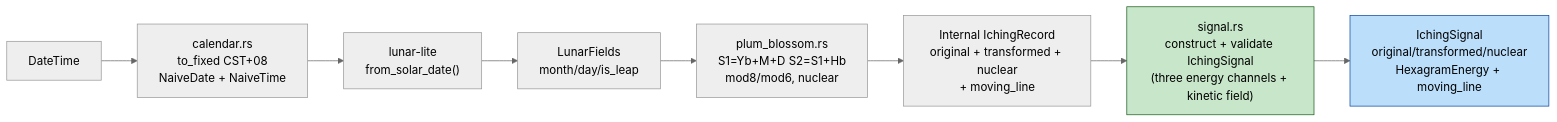
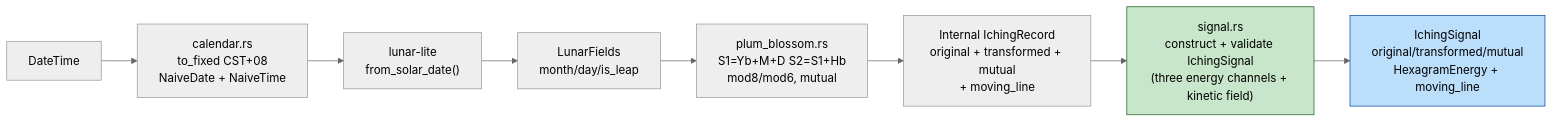
Before and after one commit to InNoobWeTrust/algotrap: the third of 3 diagrams in docs/plans/iching-energy-chart/l1.md, drawn with Mermaid (neutral theme). The commit also changed other lines of this file and 44 other files, not shown here.

Commit message:
feat(iching,telegrambot): refine mutual band and text-first LLM tools

````diff
--- a/docs/plans/iching-energy-chart/l1.md
+++ b/docs/plans/iching-energy-chart/l1.md
@@ -226,15 +226,15 @@
 ```mermaid
 flowchart LR
     A["DateTime<Utc>"] --> B["calendar.rs<br/>to_fixed CST+08<br/>NaiveDate + NaiveTime"]
     B --> D["lunar-lite<br/>from_solar_date()"]
     D --> E["LunarFields<br/>month/day/is_leap"]
-    E --> F["plum_blossom.rs<br/>S1=Yb+M+D  S2=S1+Hb<br/>mod8/mod6, nuclear"]
+    E --> F["plum_blossom.rs<br/>S1=Yb+M+D  S2=S1+Hb<br/>mod8/mod6, mutual"]
 
-    F --> I["Internal IchingRecord<br/>original + transformed + nuclear<br/>+ moving_line"]
+    F --> I["Internal IchingRecord<br/>original + transformed + mutual<br/>+ moving_line"]
 
     I --> J["signal.rs<br/>construct + validate IchingSignal<br/>(three energy channels + kinetic field)"]
-    J --> K["IchingSignal<br/>original/transformed/nuclear<br/>HexagramEnergy + moving_line"]
+    J --> K["IchingSignal<br/>original/transformed/mutual<br/>HexagramEnergy + moving_line"]
 
     style J fill:#c8e6c9,stroke:#1b5e20
     style K fill:#bbdefb,stroke:#0d47a1
 ```
````
